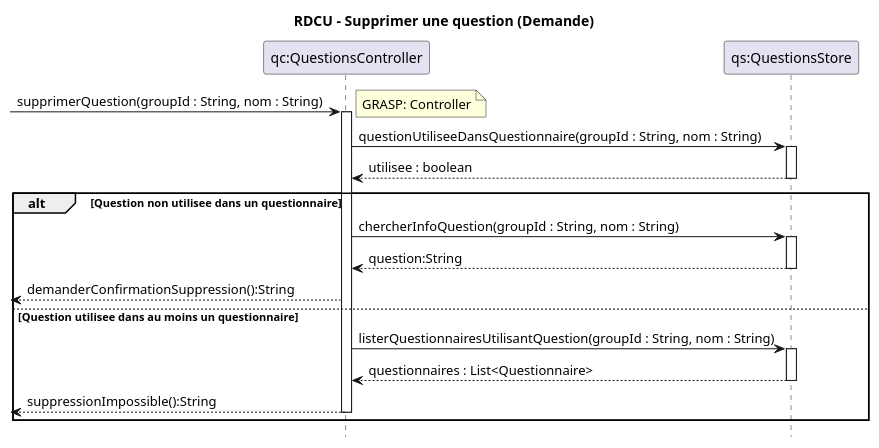
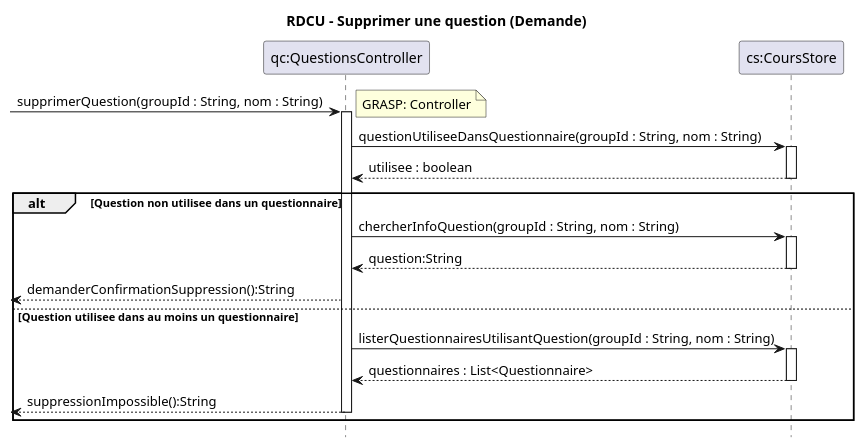
Before and after one commit to xMrYahya/moodle-clone: the diagram in docs/modeles/cu02/rdcu-supprimer-question.puml, drawn with PlantUML. The commit also changed 7 other files, not shown here.

Commit message:
Changement de QuestionStore a CoursStore et commencer a changer noms pour mieux fit le code (incomplet)

```diff
--- a/docs/modeles/cu02/rdcu-supprimer-question.puml
+++ b/docs/modeles/cu02/rdcu-supprimer-question.puml
@@ -1,39 +1,42 @@
 @startuml
 hide footbox
 title RDCU – Supprimer une question (Demande)
 
 participant "qc:QuestionsController" as QC
-participant "qs:QuestionsStore" as QS
+participant "cs:CoursStore" as CS
 
 -> QC : supprimerQuestion(groupId : String, nom : String)
 note right: GRASP: Controller
 activate QC
 
-QC -> QS : questionUtiliseeDansQuestionnaire(groupId : String, nom : String)
-activate QS
-QS --> QC : utilisee : boolean
-deactivate QS
+'???'
+QC -> CS : questionUtiliseeDansQuestionnaire(groupId : String, nom : String)
+activate CS
+CS --> QC : utilisee : boolean
+deactivate CS
 
 alt Question non utilisee dans un questionnaire
-  QC -> QS : chercherInfoQuestion(groupId : String, nom : String)
-  activate QS
-  QS --> QC : question:String
-  deactivate QS
+'???'
+  QC -> CS : chercherInfoQuestion(groupId : String, nom : String)
+  activate CS
+  CS --> QC : question:String
+  deactivate CS
 
   'QC --> UI : afficherInfoQuestionASupprimer(question):String'
   <-- QC : demanderConfirmationSuppression():String
 
 else Question utilisee dans au moins un questionnaire
-  QC -> QS : listerQuestionnairesUtilisantQuestion(groupId : String, nom : String)
-  activate QS
-  QS --> QC : questionnaires : List<Questionnaire>
-  deactivate QS
+'???'
+  QC -> CS : listerQuestionnairesUtilisantQuestion(groupId : String, nom : String)
+  activate CS
+  CS --> QC : questionnaires : List<Questionnaire>
+  deactivate CS
 
   'QC --> UI : afficherQuestionnairesUtilisantQuestion(questionnaires):String'
   'QC --> UI : desactiverSuppression():boolean'
 
   <-- QC : suppressionImpossible():String
   deactivate QC
 end
 
 @enduml
```
